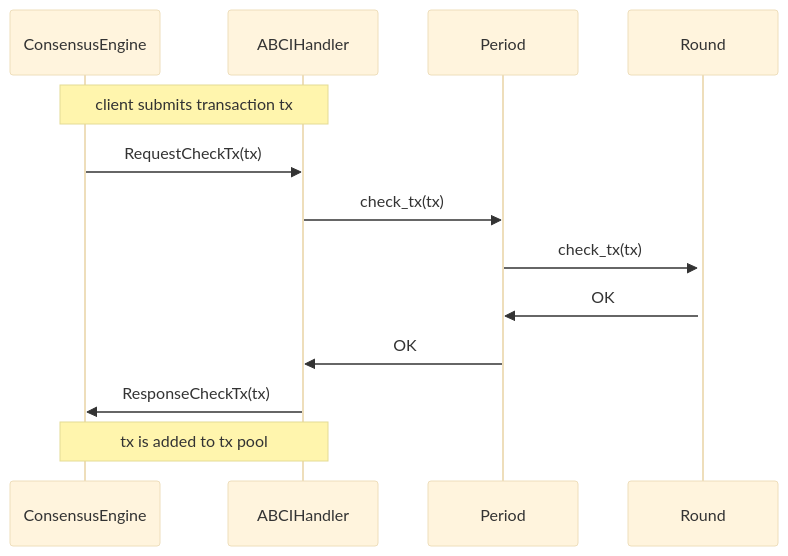
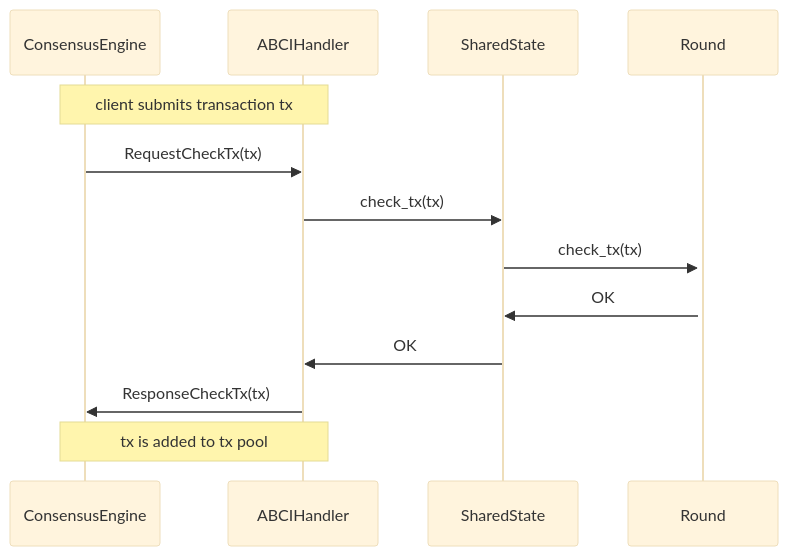
The second of 3 diagrams in docs/abci_app_interactions.md (valory-xyz/open-autonomy), drawn with Mermaid (base theme) before and after one commit. The commit also changed other lines of this file and 5 other files, not shown here.

```diff
--- a/docs/abci_app_interactions.md
+++ b/docs/abci_app_interactions.md
@@ -82,16 +82,16 @@
 <div class="mermaid">
     sequenceDiagram
         participant ConsensusEngine
         participant ABCIHandler
-        participant Period
+        participant SharedState
         participant Round
         activate Round
         note over ConsensusEngine,ABCIHandler: client submits transaction tx
         ConsensusEngine->>ABCIHandler: RequestCheckTx(tx)
-        ABCIHandler->>Period: check_tx(tx)
-        Period->>Round: check_tx(tx)
-        Round->>Period: OK
-        Period->>ABCIHandler: OK
+        ABCIHandler->>SharedState: check_tx(tx)
+        SharedState->>Round: check_tx(tx)
+        Round->>SharedState: OK
+        SharedState->>ABCIHandler: OK
         ABCIHandler->>ConsensusEngine: ResponseCheckTx(tx)
         note over ConsensusEngine,ABCIHandler: tx is added to tx pool
 </div>
```
